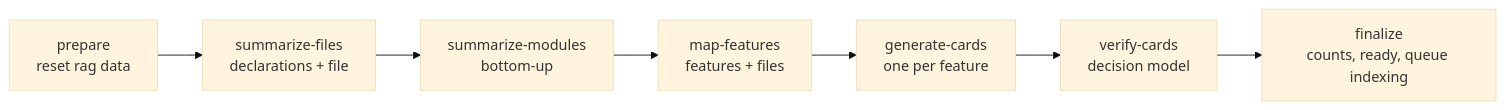
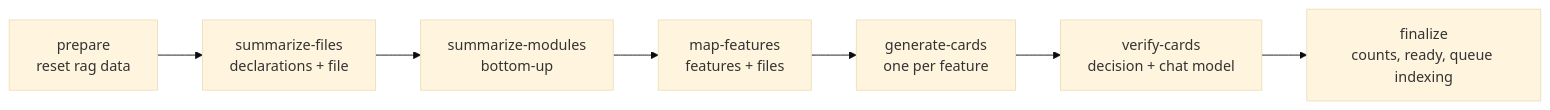
The seventh of 15 diagrams in docs/flows.md (CalogeroPisano/rag-generator-app), drawn with Mermaid (base theme) before and after one commit. The commit also changed other lines of this file and 25 other files, not shown here.

````diff
--- a/docs/flows.md
+++ b/docs/flows.md
@@ -179,7 +179,7 @@
 ```mermaid
 flowchart LR
   prepare["prepare<br/>reset rag data"] --> files["summarize-files<br/>declarations + file"]
   files --> modules["summarize-modules<br/>bottom-up"] --> map["map-features<br/>features + files"]
-  map --> cards["generate-cards<br/>one per feature"] --> verify["verify-cards<br/>decision model"]
+  map --> cards["generate-cards<br/>one per feature"] --> verify["verify-cards<br/>decision + chat model"]
   verify --> finalize["finalize<br/>counts, ready, queue indexing"]
 ```
````
